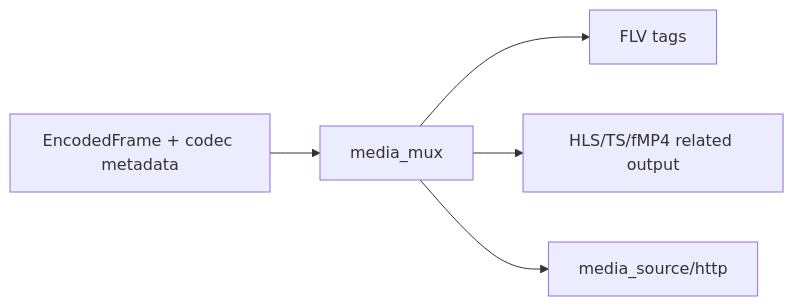
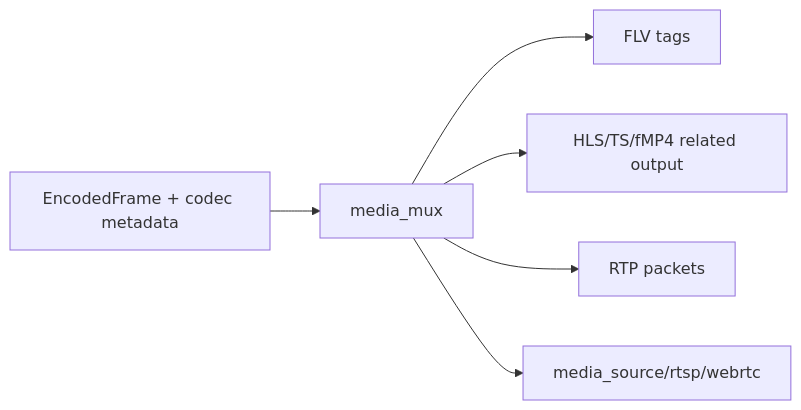
The diagram in docs/libs/media_mux.md (373699756/live_stream), drawn with Mermaid before and after one commit. The commit also changed other lines of this file and 29 other files, not shown here.

````diff
--- a/docs/libs/media_mux.md
+++ b/docs/libs/media_mux.md
@@ -14,7 +15,8 @@
 ```mermaid
 flowchart LR
   Frame[EncodedFrame + codec metadata] --> Mux[media_mux]
   Mux --> FLV[FLV tags]
   Mux --> HLS[HLS/TS/fMP4 related output]
-  Mux --> Protocol[media_source/http]
+  Mux --> RTP[RTP packets]
+  Mux --> Protocol[media_source/rtsp/webrtc]
 ```
````
